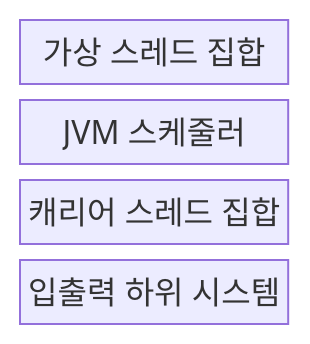
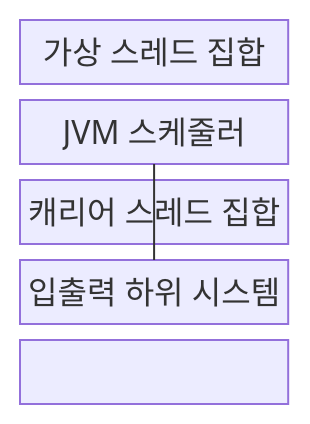
The first of 2 diagrams in src/content/docs/notes/03-software/025_virtual_thread.md (agnusdei1207/knowledge-base), drawn with Mermaid before and after one commit. The commit also changed other lines of this file and 238 other files, not shown here.

````diff
--- a/src/content/docs/notes/03-software/025_virtual_thread.md
+++ b/src/content/docs/notes/03-software/025_virtual_thread.md
@@ -68,8 +68,10 @@
 ```mermaid
-block
+block-beta
   columns 1
   V["가상 스레드 집합"]
   S["JVM 스케줄러"]
   C["캐리어 스레드 집합"]
   I["입출력 하위 시스템"]
+  V --- S --- C
+  S --- I
 ```
````
